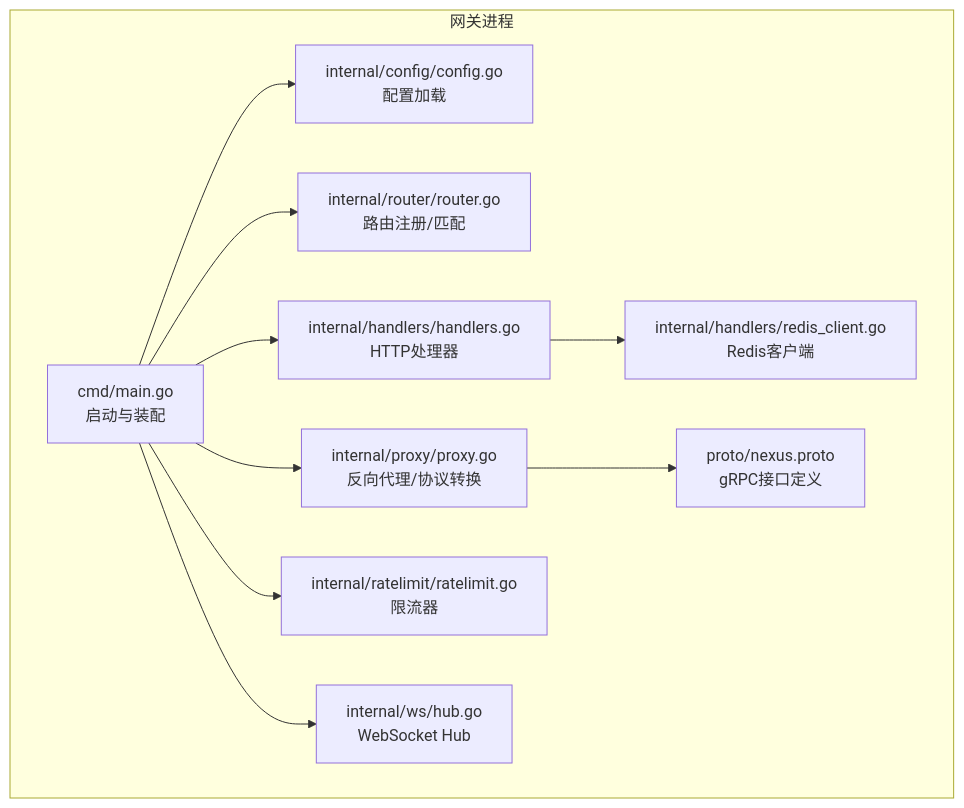
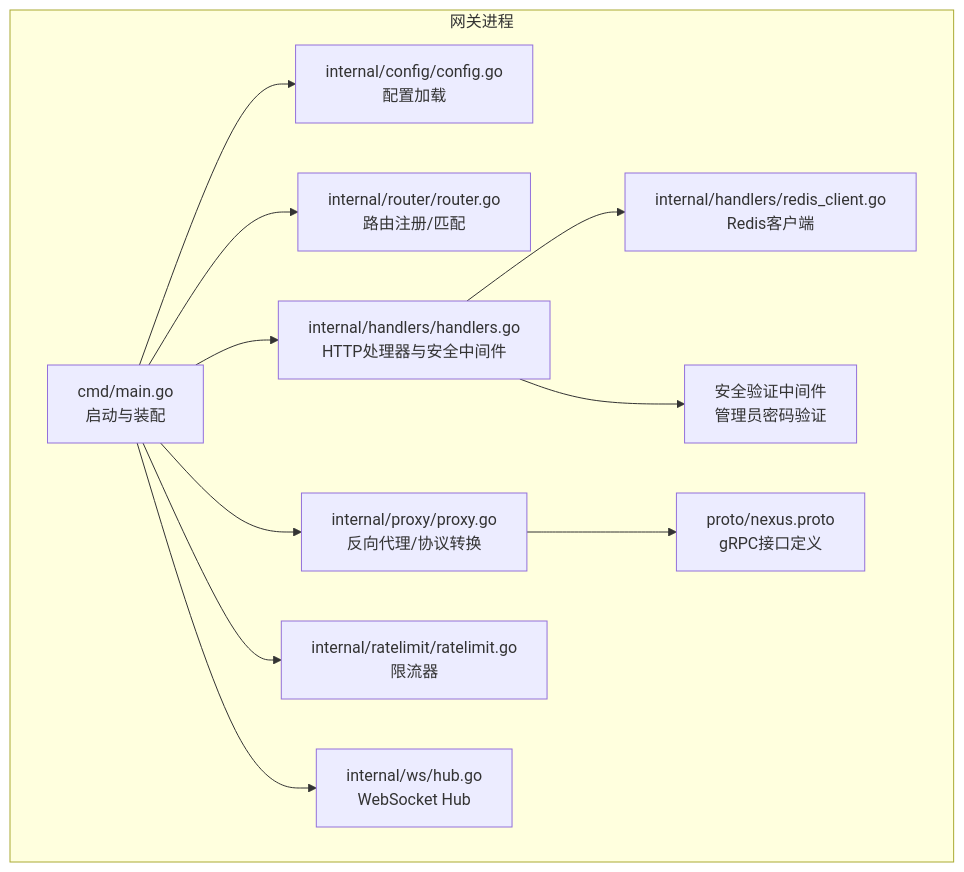
One commit to zmdhdu/NexusCockpit changed the first of 9 diagrams in .qoder/repowiki/zh/content/系统架构设计/微服务架构设计/API网关服务设计.md. Above: the diagram before and after it, drawn with Mermaid. The commit also changed other lines of this file and 21 other files, not shown here.

````diff
--- a/.qoder/repowiki/zh/content/系统架构设计/微服务架构设计/API网关服务设计.md
+++ b/.qoder/repowiki/zh/content/系统架构设计/微服务架构设计/API网关服务设计.md
@@ -51,13 +59,14 @@
 ```mermaid
 graph TB
 subgraph "网关进程"
 A["cmd/main.go<br/>启动与装配"] --> B["internal/config/config.go<br/>配置加载"]
 A --> C["internal/router/router.go<br/>路由注册/匹配"]
-A --> D["internal/handlers/handlers.go<br/>HTTP处理器"]
+A --> D["internal/handlers/handlers.go<br/>HTTP处理器与安全中间件"]
 A --> E["internal/proxy/proxy.go<br/>反向代理/协议转换"]
 A --> F["internal/ratelimit/ratelimit.go<br/>限流器"]
 A --> G["internal/ws/hub.go<br/>WebSocket Hub"]
 D --> H["internal/handlers/redis_client.go<br/>Redis客户端"]
 E --> I["proto/nexus.proto<br/>gRPC接口定义"]
+D --> J["安全验证中间件<br/>管理员密码验证"]
 end
 ```
````
